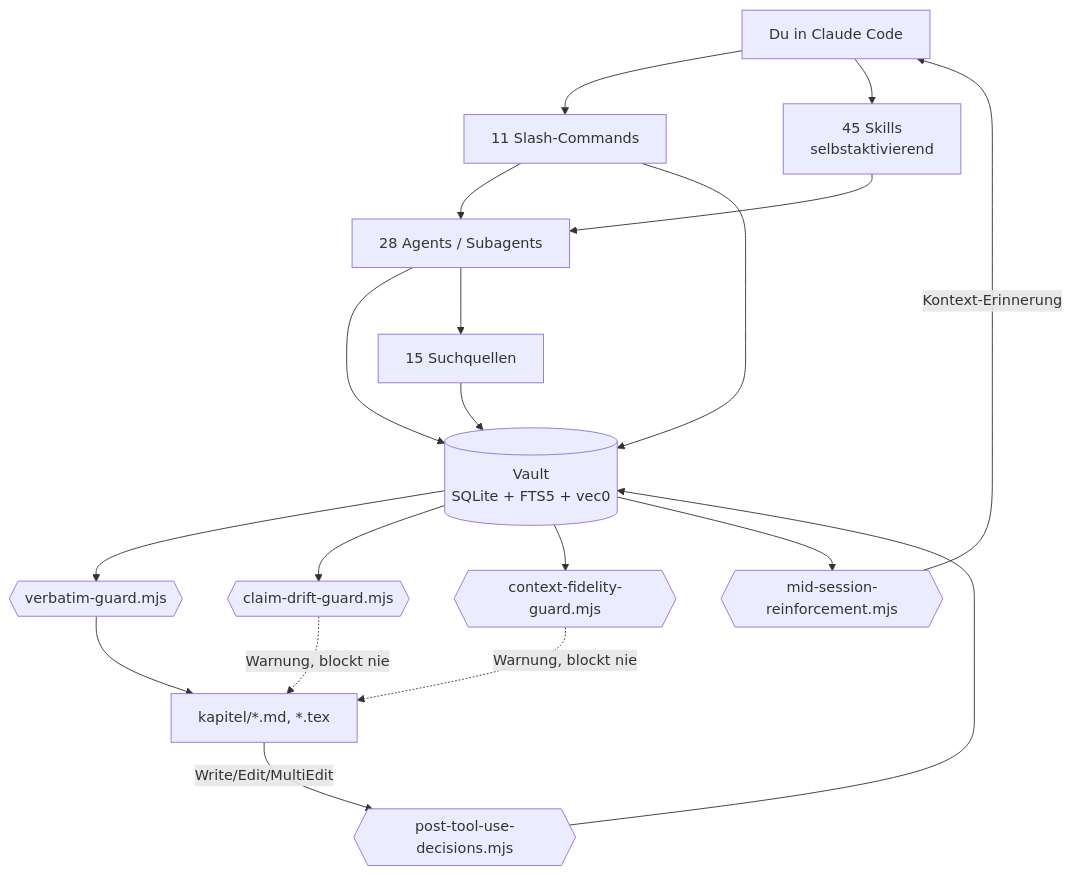
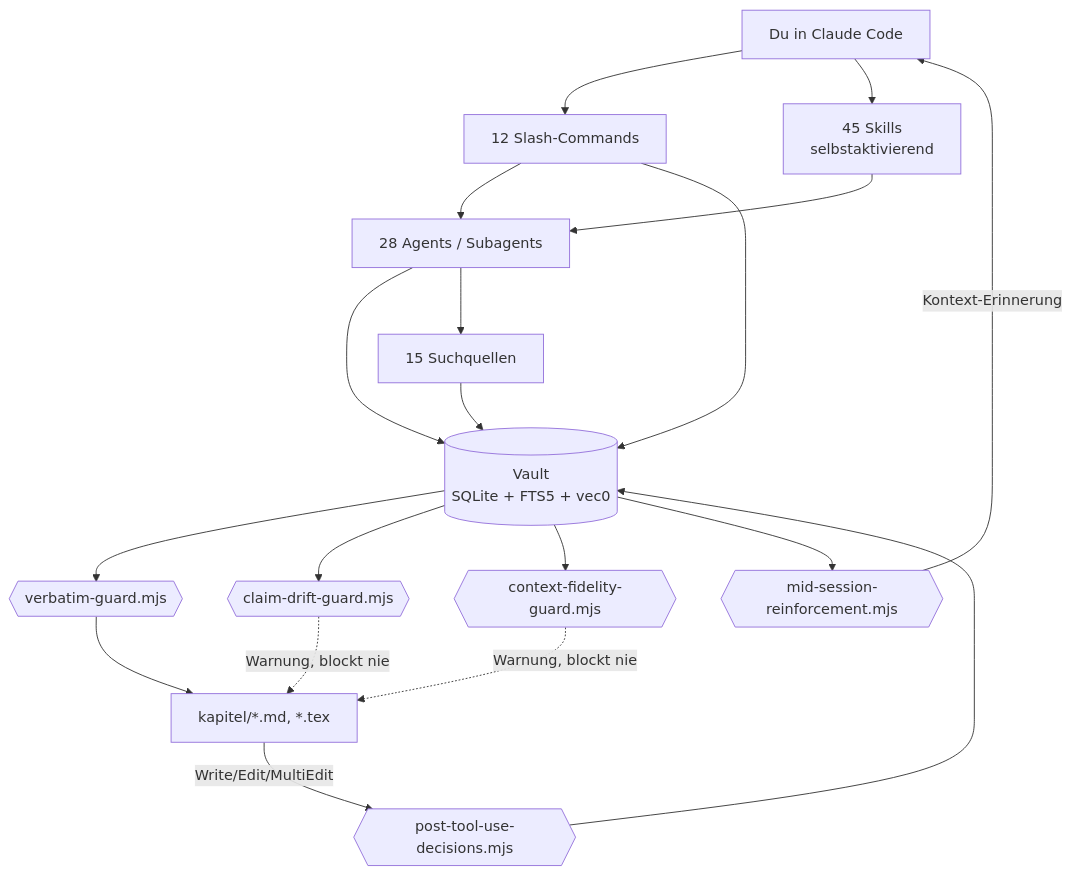
One commit to ahlerjam/academic-research changed the diagram in docs/reference/architecture.md. Above: the diagram before and after it, drawn with Mermaid. The commit also changed 16 other files, not shown here.

````diff
--- a/docs/reference/architecture.md
+++ b/docs/reference/architecture.md
@@ -14,23 +14,23 @@
 ```mermaid
 graph TD
-    U[Du in Claude Code] --> CMD[11 Slash-Commands]
+    U[Du in Claude Code] --> CMD[12 Slash-Commands]
     U --> SK[45 Skills<br/>selbstaktivierend]
     CMD --> AG[28 Agents / Subagents]
     SK --> AG
     AG --> V[(Vault<br/>SQLite + FTS5 + vec0)]
     CMD --> V
     AG --> Q[15 Suchquellen]
     Q --> V
 
     V --> VG{{verbatim-guard.mjs}}
     V --> CDG{{claim-drift-guard.mjs}}
     V --> CFG{{context-fidelity-guard.mjs}}
     VG --> K[kapitel/*.md, *.tex]
     CDG -.Warnung, blockt nie.-> K
     CFG -.Warnung, blockt nie.-> K
 
     K -->|Write/Edit/MultiEdit| PTD{{post-tool-use-decisions.mjs}}
     PTD --> V
     V --> MSR{{mid-session-reinforcement.mjs}}
     MSR -->|Kontext-Erinnerung| U
 ```
````
